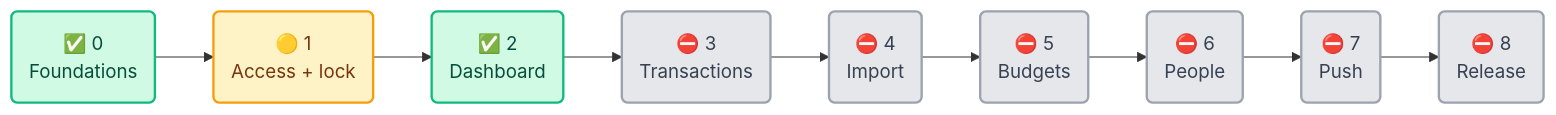
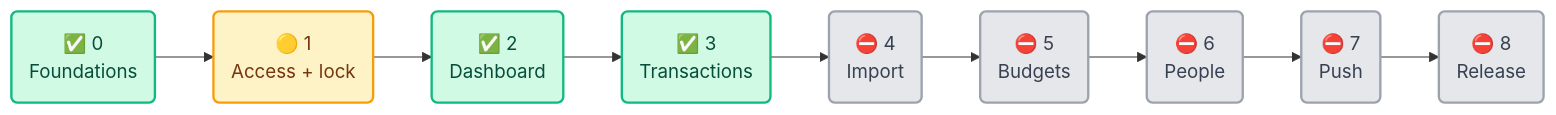
The first of 2 diagrams in Mobile App/docs/tasks.md (EasyLance/paisa), drawn with Mermaid before and after one commit. The commit also changed other lines of this file and 42 other files, not shown here.

````diff
--- a/Mobile App/docs/tasks.md
+++ b/Mobile App/docs/tasks.md
@@ -16,22 +16,22 @@
 ```mermaid
 flowchart LR
     P0("✅ 0<br/>Foundations")
     P1("🟡 1<br/>Access + lock")
     P2("✅ 2<br/>Dashboard")
-    P3("⛔ 3<br/>Transactions")
+    P3("✅ 3<br/>Transactions")
     P4("⛔ 4<br/>Import")
     P5("⛔ 5<br/>Budgets")
     P6("⛔ 6<br/>People")
     P7("⛔ 7<br/>Push")
     P8("⛔ 8<br/>Release")
 
     P0 --> P1 --> P2 --> P3 --> P4 --> P5 --> P6 --> P7 --> P8
 
     classDef done fill:#d1fae5,stroke:#10b981,stroke-width:2px,color:#064e3b
     classDef part fill:#fef3c7,stroke:#f59e0b,stroke-width:2px,color:#78350f
     classDef todo fill:#e5e7eb,stroke:#9ca3af,stroke-width:2px,color:#374151
 
-    class P0,P2 done
+    class P0,P2,P3 done
     class P1 part
-    class P3,P4,P5,P6,P7,P8 todo
+    class P4,P5,P6,P7,P8 todo
 ```
````
